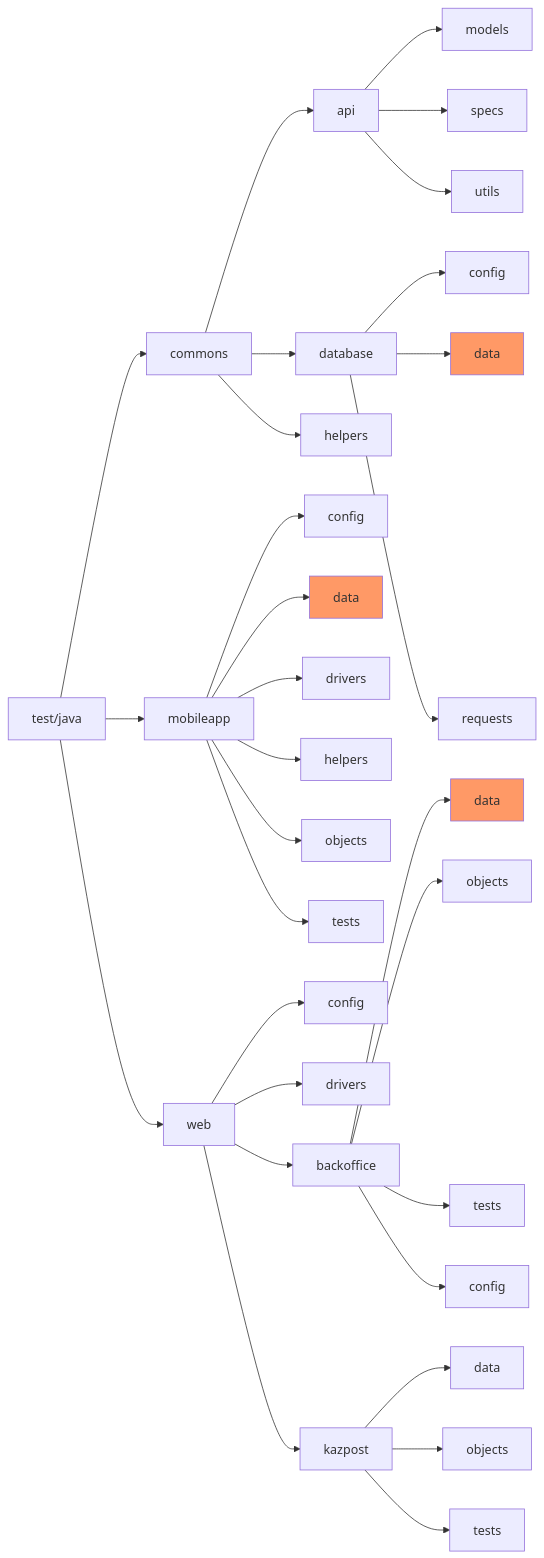
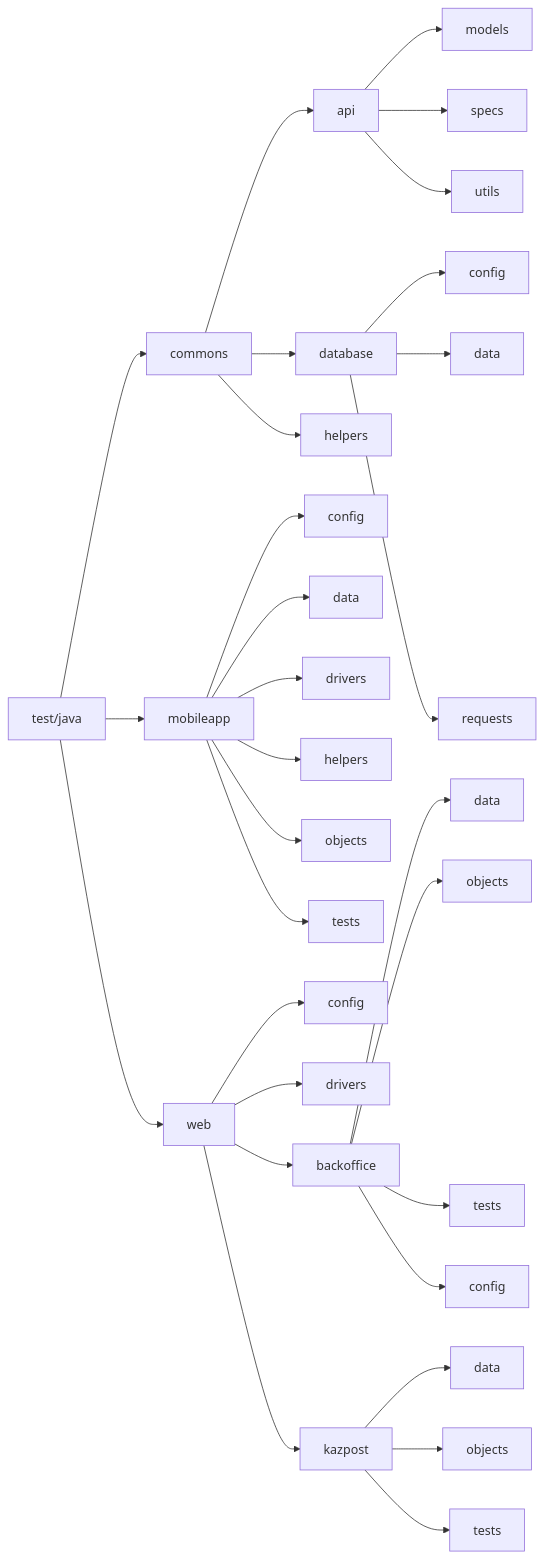
The diagram in README.md (alena-shs/tabys-tests), drawn with Mermaid before and after one commit. The commit also changed other lines of this file and 18 other files, not shown here.

````diff
--- a/README.md
+++ b/README.md
@@ -114,17 +143,16 @@
 ```mermaid
   graph LR;
       test["test/java"]-->commons;
       test["test/java"]-->mobileapp;
       test["test/java"]-->web;
       web-->config;
       web-->wdrivers[drivers];
       web-->backoffice;
       web-->kazpost;
       kazpost-->kdata[data] & kobj[objects] & ktests[tests];
-      backoffice-->bdata[data]:::data & objects & btests[tests] & bconfig[config];
-      mobileapp-->mconfig[config] & mdata[data]:::data & mdrivers[drivers] & mhelpers[helpers] & mobjects[objects] & mtests[tests];
+      backoffice-->bdata[data] & objects & btests[tests] & bconfig[config];
+      mobileapp-->mconfig[config] & mdata[data] & mdrivers[drivers] & mhelpers[helpers] & mobjects[objects] & mtests[tests];
       commons --> api & database & chelpers[helpers];
       api --> models & specs & utils;
-      database --> dconfig[config] & ddata[data]:::data & requests;
-      classDef data fill:#f96
+      database --> dconfig[config] & ddata[data] & requests;
 ```
````
